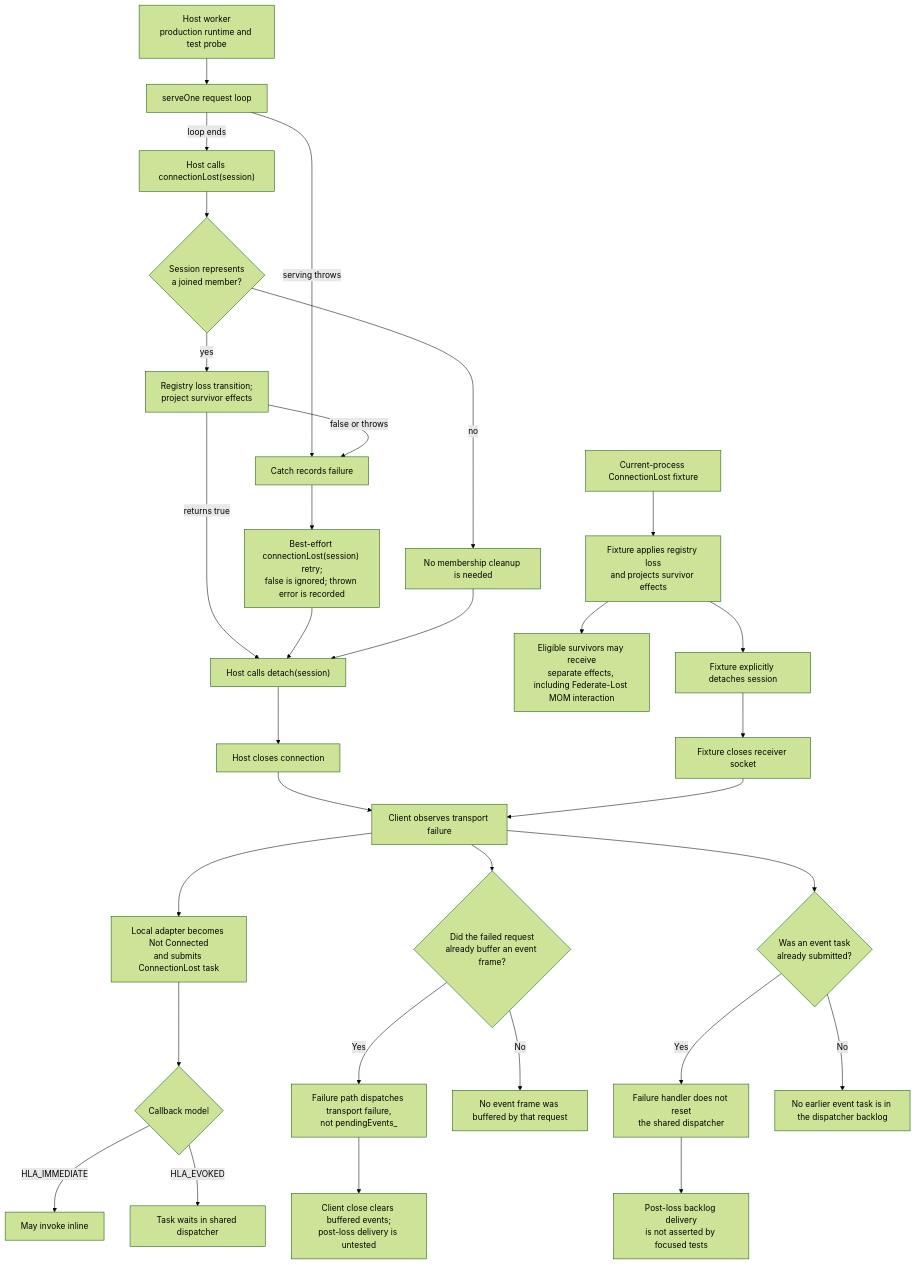
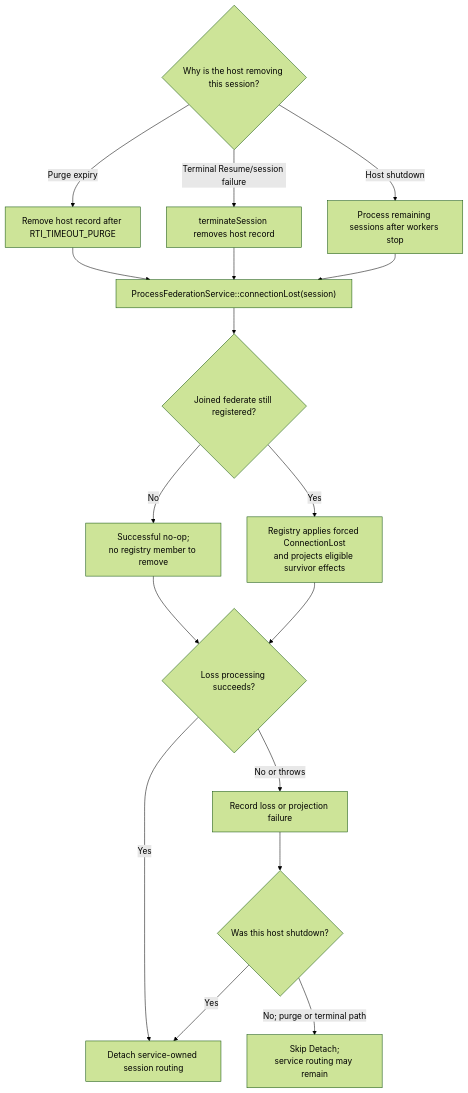
Diagram 28 of 32 in docs/design/HLA-2025-FEDERATION-AND-FEDERATE-LIFECYCLE-FLOW-GUIDE.md (sheepfling/umbra), drawn with Mermaid (forest theme) before and after one commit. The commit also changed other lines of this file and 36 other files, not shown here.

````diff
--- a/docs/design/HLA-2025-FEDERATION-AND-FEDERATE-LIFECYCLE-FLOW-GUIDE.md
+++ b/docs/design/HLA-2025-FEDERATION-AND-FEDERATE-LIFECYCLE-FLOW-GUIDE.md
@@ -1845,33 +1928,22 @@
 ```mermaid
 flowchart TD
-  Host["Host worker<br/>production runtime and test probe"] --> Loop["serveOne request loop"]
-  Loop -->|loop ends| HostLoss["Host calls connectionLost(session)"]
-  Loop -->|serving throws| CatchLoss["Catch records failure"]
-  HostLoss --> MemberState{"Session represents<br/>a joined member?"}
-  MemberState -->|no| NoMember["No membership cleanup is needed"]
-  MemberState -->|yes| HostRegistry["Registry loss transition;<br/>project survivor effects"]
-  HostRegistry -->|returns true| HostDetach["Host calls detach(session)"]
-  HostRegistry -->|false or throws| CatchLoss
-  CatchLoss --> CatchRetry["Best-effort connectionLost(session) retry;<br/>false is ignored; thrown error is recorded"]
-  CatchRetry --> HostDetach
-  NoMember --> HostDetach
-  HostDetach --> HostClose["Host closes connection"]
-  Fixture["Current-process ConnectionLost fixture"] --> Forced["Fixture applies registry loss<br/>and projects survivor effects"]
-  Forced --> Survivor["Eligible survivors may receive<br/>separate effects, including Federate-Lost MOM interaction"]
-  Forced --> FixtureDetach["Fixture explicitly detaches session"]
-  FixtureDetach --> FixtureClose["Fixture closes receiver socket"]
-  HostClose --> Failure["Client observes transport failure"]
-  FixtureClose --> Failure
-  Failure --> Local["Local adapter becomes Not Connected<br/>and submits ConnectionLost task"]
-  Local --> Model{"Callback model"}
-  Model -->|HLA_IMMEDIATE| Immediate["May invoke inline"]
-  Model -->|HLA_EVOKED| Queued["Task waits in shared dispatcher"]
-  Failure --> Buffered{"Did the failed request<br/>already buffer an event frame?"}
-  Buffered -->|Yes| Pending["Failure path dispatches transport failure,<br/>not pendingEvents_"]
-  Pending --> Closed["Client close clears buffered events;<br/>post-loss delivery is untested"]
-  Buffered -->|No| NoBuffered["No event frame was buffered by that request"]
-  Failure --> Submitted{"Was an event task<br/>already submitted?"}
-  Submitted -->|Yes| Existing["Failure handler does not reset<br/>the shared dispatcher"]
-  Existing --> Backlog["Post-loss backlog delivery<br/>is not asserted by focused tests"]
-  Submitted -->|No| NoSubmitted["No earlier event task is in the dispatcher backlog"]
+  accTitle: 2025 process-host ConnectionLost and detach outcomes
+  accDescr: Purge, terminal-session failure, and host shutdown all invoke service connectionLost. Purge and terminal paths detach only after success; shutdown detaches captured sessions even after recording a failure.
+  Origin{"Why is the host removing this session?"}
+  Origin -->|Purge expiry| Purge["Remove host record after RTI_TIMEOUT_PURGE"]
+  Origin -->|Terminal Resume/session failure| Terminal["terminateSession removes host record"]
+  Origin -->|Host shutdown| Shutdown["Process remaining sessions after workers stop"]
+  Purge --> Loss["ProcessFederationService::connectionLost(session)"]
+  Terminal --> Loss
+  Shutdown --> Loss
+  Loss --> Membership{"Joined federate still registered?"}
+  Membership -->|No| Noop["Successful no-op;<br/>no registry member to remove"]
+  Membership -->|Yes| Registry["Registry applies forced ConnectionLost<br/>and projects eligible survivor effects"]
+  Noop --> Outcome{"Loss processing succeeds?"}
+  Registry --> Outcome
+  Outcome -->|Yes| Detach["Detach service-owned session routing"]
+  Outcome -->|No or throws| Record["Record loss or projection failure"]
+  Record --> ShutdownFailure{"Was this host shutdown?"}
+  ShutdownFailure -->|Yes| Detach
+  ShutdownFailure -->|No; purge or terminal path| SkipDetach["Skip Detach;<br/>service routing may remain"]
 ```
````
